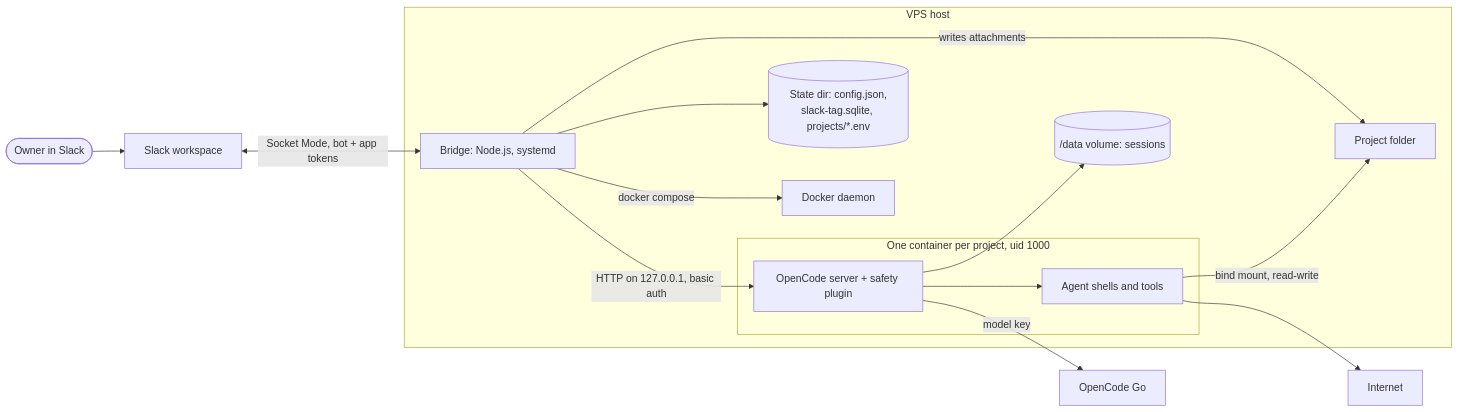
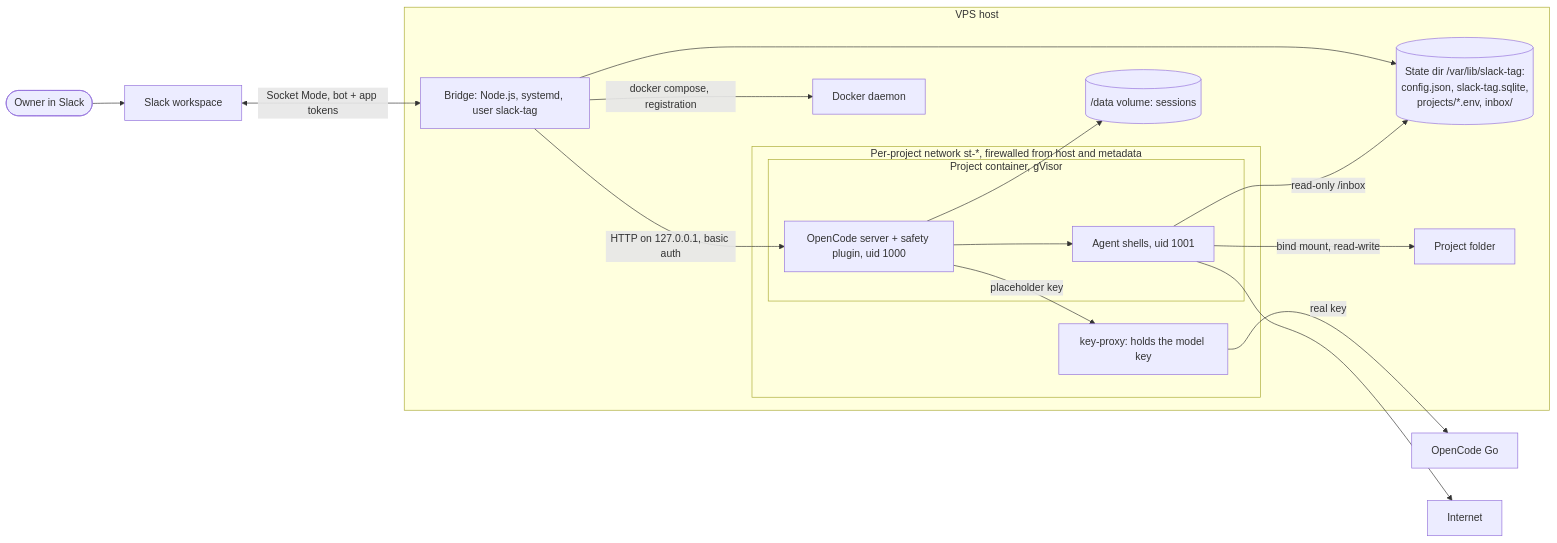
The diagram in docs/trust-boundaries.md (Kannav02/slack-tag), drawn with Mermaid before and after one commit. The commit also changed other lines of this file, not shown here.

````diff
--- a/docs/trust-boundaries.md
+++ b/docs/trust-boundaries.md
@@ -20,18 +21,22 @@
 ```mermaid
 flowchart LR
     Owner([Owner in Slack]) --> Slack[Slack workspace]
     Slack <-- Socket Mode, bot + app tokens --> Bridge
     subgraph Host[VPS host]
-        Bridge[Bridge: Node.js, systemd] --> State[(State dir: config.json,<br/>slack-tag.sqlite, projects/*.env)]
-        Bridge -- docker compose --> Docker[Docker daemon]
-        Bridge -- writes attachments --> Files[Project folder]
-        subgraph Container[One container per project, uid 1000]
-            Server[OpenCode server + safety plugin] --> Agent[Agent shells and tools]
+        Bridge[Bridge: Node.js, systemd, user slack-tag] --> State[(State dir /var/lib/slack-tag:<br/>config.json, slack-tag.sqlite,<br/>projects/*.env, inbox/)]
+        Bridge -- docker compose, registration --> Docker[Docker daemon]
+        Bridge -- HTTP on 127.0.0.1, basic auth --> Server
+        subgraph Net[Per-project network st-*, firewalled from host and metadata]
+            subgraph Container[Project container, gVisor]
+                Server[OpenCode server + safety plugin, uid 1000] --> Agent[Agent shells, uid 1001]
+            end
+            Proxy[key-proxy: holds the model key]
         end
-        Bridge -- HTTP on 127.0.0.1, basic auth --> Server
-        Agent -- bind mount, read-write --> Files
+        Agent -- bind mount, read-write --> Files[Project folder]
+        Agent -- read-only /inbox --> State
         Server --> Data[(/data volume: sessions)]
     end
-    Server -- model key --> Provider[OpenCode Go]
+    Server -- placeholder key --> Proxy
+    Proxy -- real key --> Provider[OpenCode Go]
     Agent --> Internet[Internet]
 ```
````
